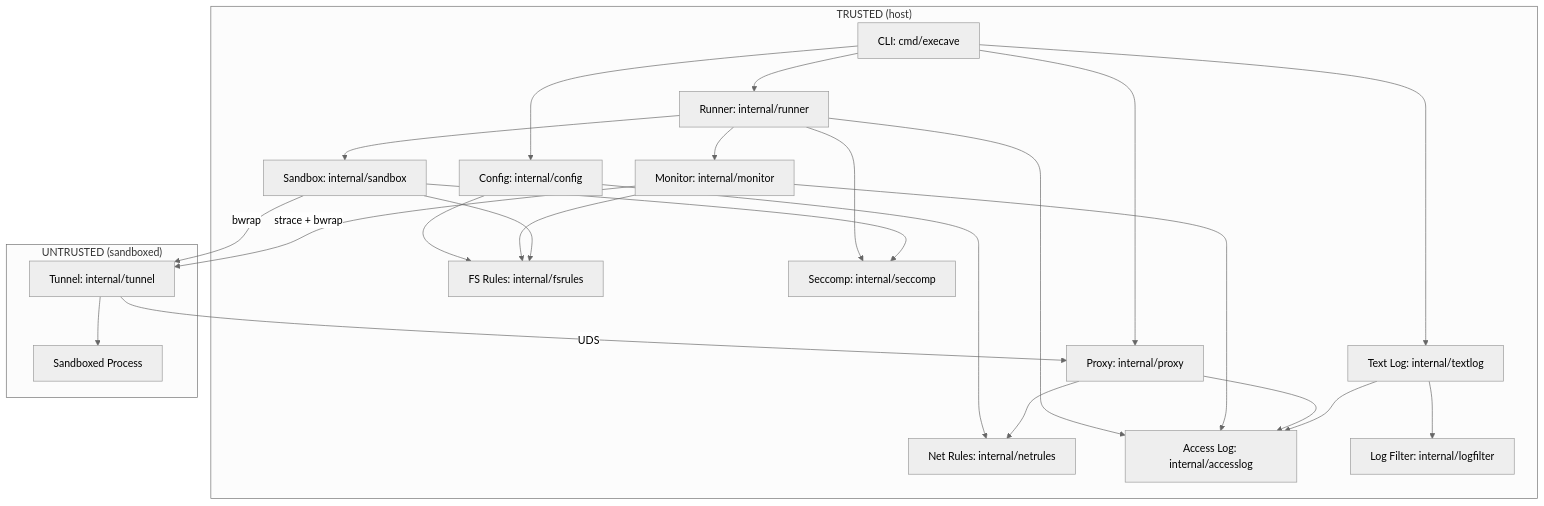
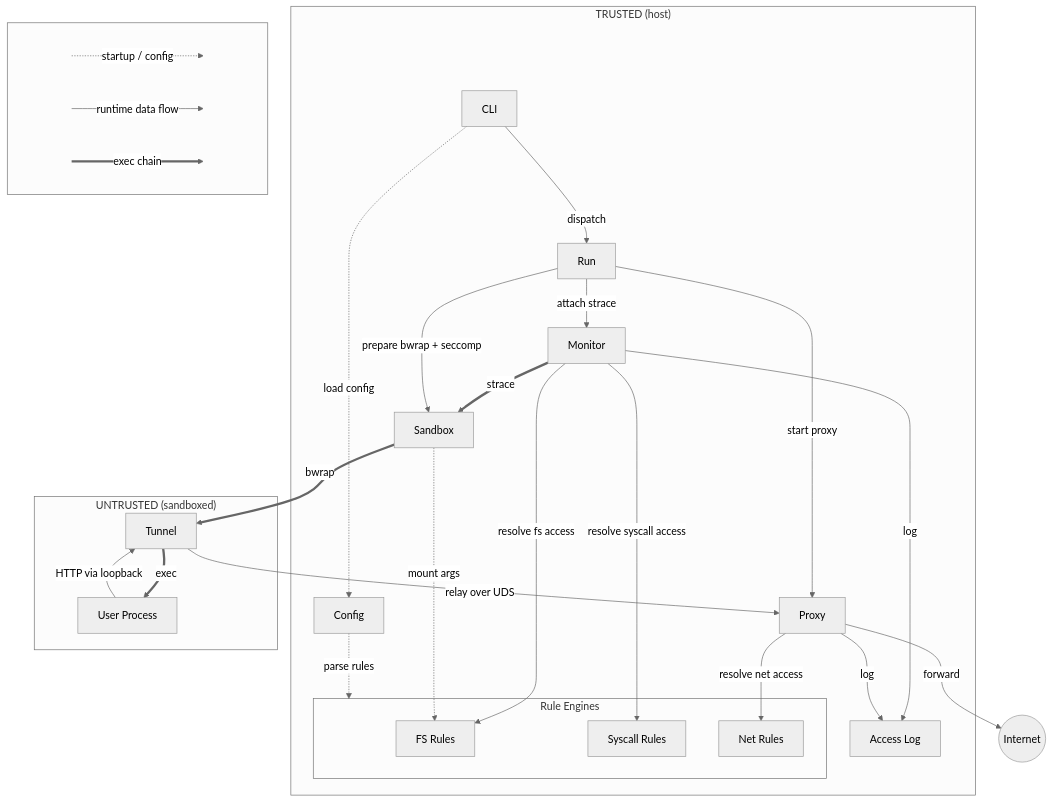
Before and after one commit to nonpop/execave: the diagram in docs/architecture.md, drawn with Mermaid (neutral theme). The commit also changed other lines of this file and 110 other files, not shown here.

Commit message:
feat!: remove log/nolog rules, tweaks, huge refactor

````diff
--- a/docs/architecture.md
+++ b/docs/architecture.md
@@ -5,45 +5,71 @@
 ```mermaid
 flowchart TB
     subgraph Trusted["TRUSTED (host)"]
-        CLI[CLI: cmd/execave]
-        Config[Config: internal/config]
-        FSRules[FS Rules: internal/fsrules]
-        NetRules[Net Rules: internal/netrules]
-        AccessLog[Access Log: internal/accesslog]
-        Runner[Runner: internal/runner]
-        Sandbox[Sandbox: internal/sandbox]
-        Seccomp[Seccomp: internal/seccomp]
-        Monitor[Monitor: internal/monitor]
-        Proxy[Proxy: internal/proxy]
-        LogFilter[Log Filter: internal/logfilter]
-        TextLog[Text Log: internal/textlog]
+        CLI[CLI]
+        Config[Config]
+        Run[Run]
+        Sandbox[Sandbox]
+        Monitor[Monitor]
+        Proxy[Proxy]
+
+        subgraph Rules["Rule Engines"]
+            FSRules[FS Rules]
+            SyscallRules[Syscall Rules]
+            NetRules[Net Rules]
+        end
+
+        AccessLog[Access Log]
     end
 
     subgraph Untrusted["UNTRUSTED (sandboxed)"]
-        Tunnel[Tunnel: internal/tunnel]
-        Process[Sandboxed Process]
+        Tunnel[Tunnel]
+        Process[User Process]
     end
 
-    CLI --> Config
-    CLI --> Runner
-    Runner --> Sandbox
-    Runner --> Seccomp
-    Runner --> Monitor
-    Runner --> AccessLog
-    CLI --> Proxy
-    CLI --> TextLog
-    Config --> FSRules
-    Config --> NetRules
-    Monitor --> FSRules
-    Monitor --> AccessLog
-    Proxy --> NetRules
-    Proxy --> AccessLog
-    TextLog --> LogFilter
-    TextLog --> AccessLog
-    Sandbox --> FSRules
-    Sandbox --> Seccomp
-    Sandbox -->|bwrap| Tunnel
-    Tunnel --> Process
-    Tunnel -->|UDS| Proxy
-    Monitor -->|strace + bwrap| Tunnel
+    Internet((Internet))
+
+    %% Startup
+    CLI -.->|load config| Config
+    Config -.->|parse rules| Rules
+    CLI -->|dispatch| Run
+
+    %% Exec chain
+    Monitor ==>|strace| Sandbox
+    Sandbox ==>|bwrap| Tunnel
+    Tunnel ==>|exec| Process
+
+    %% Orchestration
+    Run -->|prepare bwrap + seccomp| Sandbox
+    Run -->|attach strace| Monitor
+    Run -->|start proxy| Proxy
+
+    %% Monitoring
+    Monitor -->|resolve fs access| FSRules
+    Monitor -->|resolve syscall access| SyscallRules
+    Sandbox -.->|mount args| FSRules
+
+    %% Network path
+    Process -->|HTTP via loopback| Tunnel
+    Tunnel -->|relay over UDS| Proxy
+    Proxy -->|resolve net access| NetRules
+    Proxy -->|forward| Internet
+
+    %% Logging
+    Monitor -->|log| AccessLog
+    Proxy -->|log| AccessLog
+
+    %% Legend
+    subgraph Legend[" "]
+        direction LR
+        L1[ ] -.->|startup / config| L2[ ]
+        L3[ ] -->|runtime data flow| L4[ ]
+        L5[ ] ==>|exec chain| L6[ ]
+    end
+
+    style L1 fill:none,stroke:none
+    style L2 fill:none,stroke:none
+    style L3 fill:none,stroke:none
+    style L4 fill:none,stroke:none
+    style L5 fill:none,stroke:none
+    style L6 fill:none,stroke:none
 ```
````
